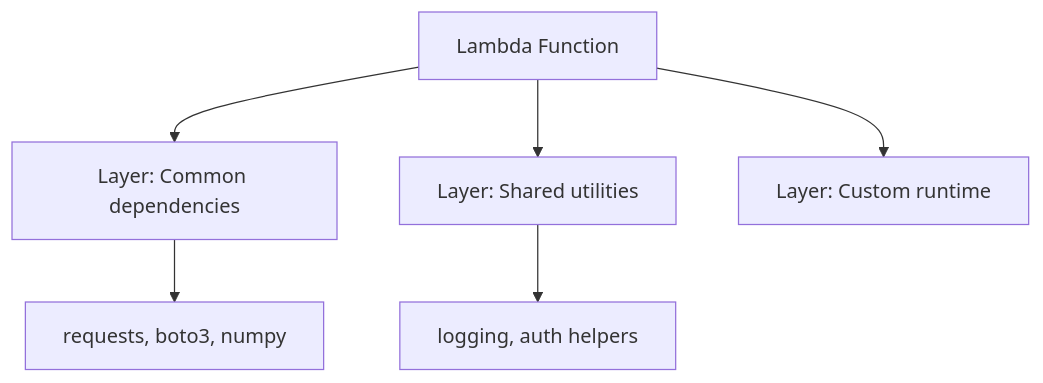
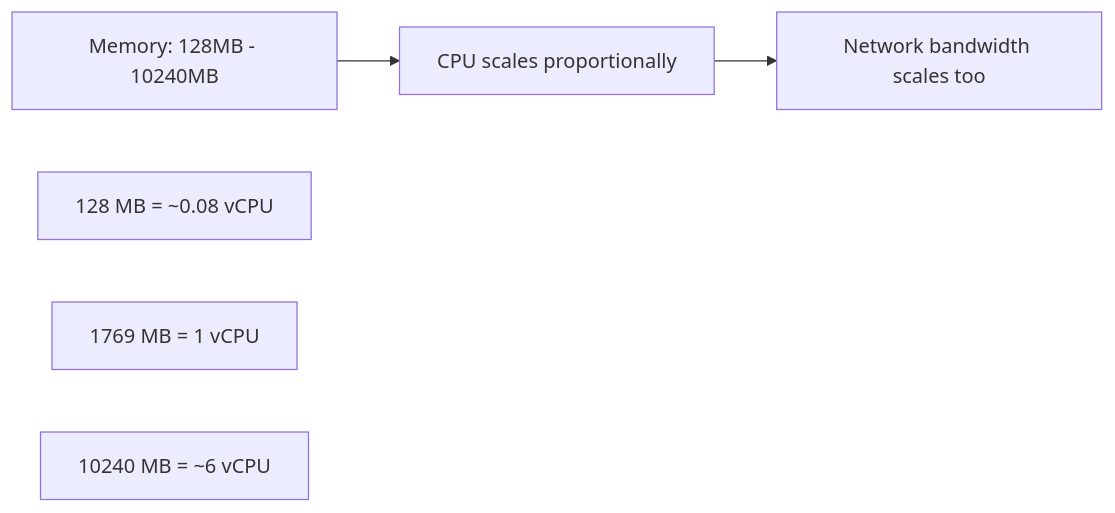
Diagram 12 of 13 in src/cloud/aws/lambda.md (vanos001/placement_prep), drawn with Mermaid before and after one commit. The commit also changed other lines of this file and 18 other files, not shown here.

````diff
--- a/src/cloud/aws/lambda.md
+++ b/src/cloud/aws/lambda.md
@@ -172,9 +279,9 @@
 ```mermaid
-graph TD
-    LAMBDA[Lambda Function] --> LAYER1[Layer: Common dependencies]
-    LAMBDA --> LAYER2[Layer: Shared utilities]
-    LAMBDA --> LAYER3[Layer: Custom runtime]
+graph LR
+    MEM[Memory: 128MB - 10240MB] --> CPU[CPU scales proportionally]
+    CPU --> NET[Network bandwidth scales too]
 
-    LAYER1 --> LIBS[requests, boto3, numpy]
-    LAYER2 --> UTILS[logging, auth helpers]
+    MEM_LOW[128 MB = ~0.08 vCPU]
+    MEM_MED[1769 MB = 1 vCPU]
+    MEM_HIGH[10240 MB = ~6 vCPU]
 ```
````
